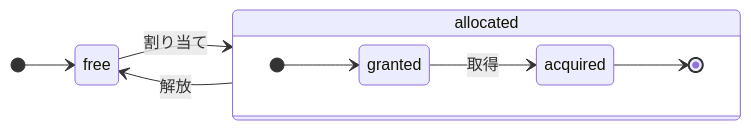
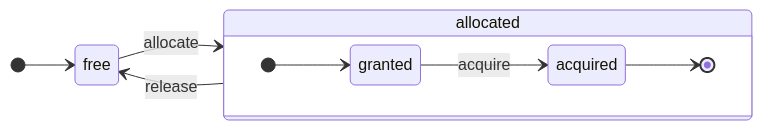
One commit to ClickHouse/clickhouse-docs changed the diagram in i18n/jp/docusaurus-plugin-content-docs/current/development/architecture.md. Above: the diagram before and after it, drawn with Mermaid. The commit also changed other lines of this file and 4639 other files, not shown here.

````diff
--- a/i18n/jp/docusaurus-plugin-content-docs/current/development/architecture.md
+++ b/i18n/jp/docusaurus-plugin-content-docs/current/development/architecture.md
@@ -245,13 +259,13 @@
 ```mermaid
 stateDiagram-v2
     direction LR
     [*] --> free
-    free --> allocated: 割り当て
+    free --> allocated: allocate
     state allocated {
         direction LR
         [*] --> granted
-        granted --> acquired: 取得
+        granted --> acquired: acquire
         acquired --> [*]
     }
-    allocated --> free: 解放
+    allocated --> free: release
 ```
````
